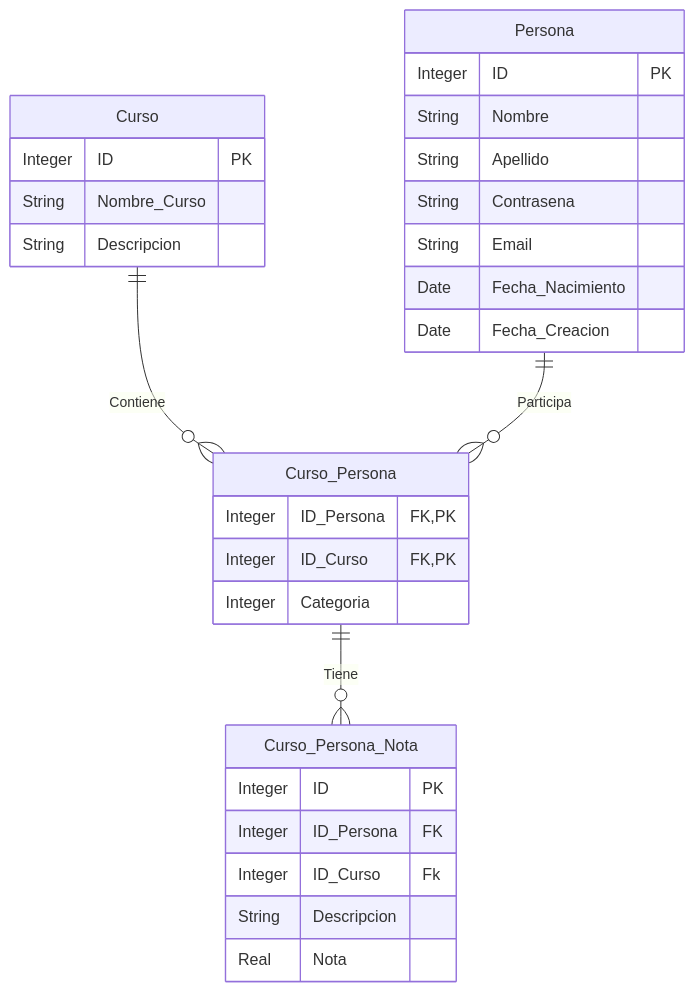
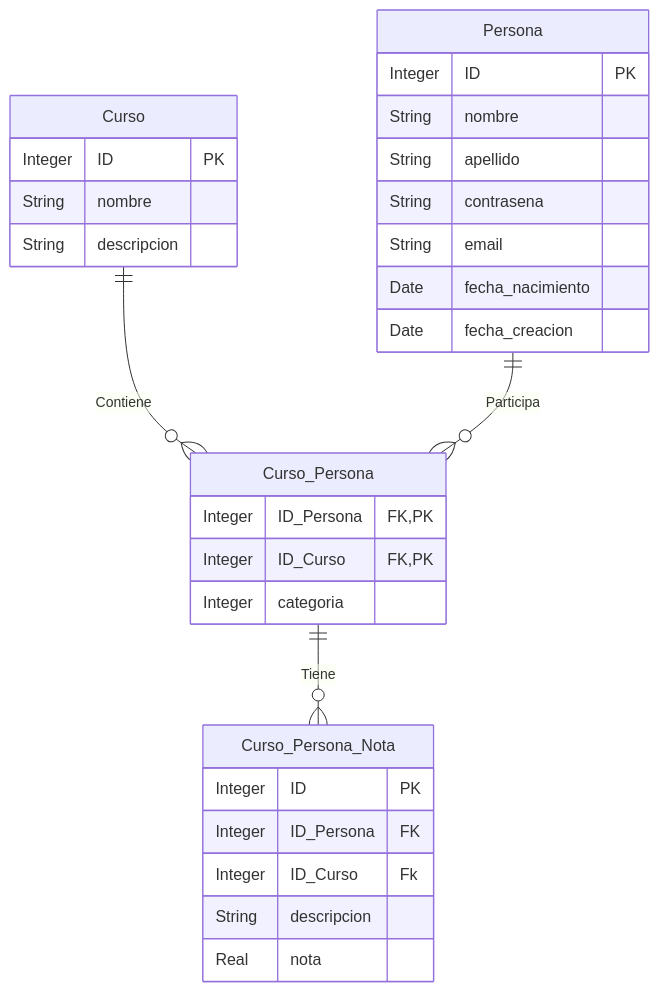
One commit to laucha54321/tp-mysql-be changed the second of 2 diagrams in README.md. Above: the diagram before and after it, drawn with Mermaid. The commit also changed other lines of this file, not shown here.

````diff
--- a/README.md
+++ b/README.md
@@ -43,32 +43,32 @@
 ```mermaid
 erDiagram
     Curso ||--o{ Curso_Persona : Contiene
     Persona ||--o{ Curso_Persona: Participa
     Curso_Persona ||--o{ Curso_Persona_Nota: Tiene
     Persona{
         Integer ID PK
-        String Nombre
-        String Apellido
-        String Contrasena
-        String Email
-        Date Fecha_Nacimiento
-        Date Fecha_Creacion
+        String nombre
+        String apellido
+        String contrasena
+        String email
+        Date fecha_nacimiento
+        Date fecha_creacion
     }
     Curso{
         Integer ID PK
-        String Nombre_Curso
-        String Descripcion
+        String nombre
+        String descripcion
     }
     Curso_Persona{
         Integer ID_Persona FK,PK
         Integer ID_Curso FK,PK
-        Integer Categoria
+        Integer categoria
     }
     Curso_Persona_Nota{
         Integer ID PK
         Integer ID_Persona FK
         Integer ID_Curso Fk
-        String Descripcion
-        Real Nota    
+        String descripcion
+        Real nota    
     }
 ```
````
